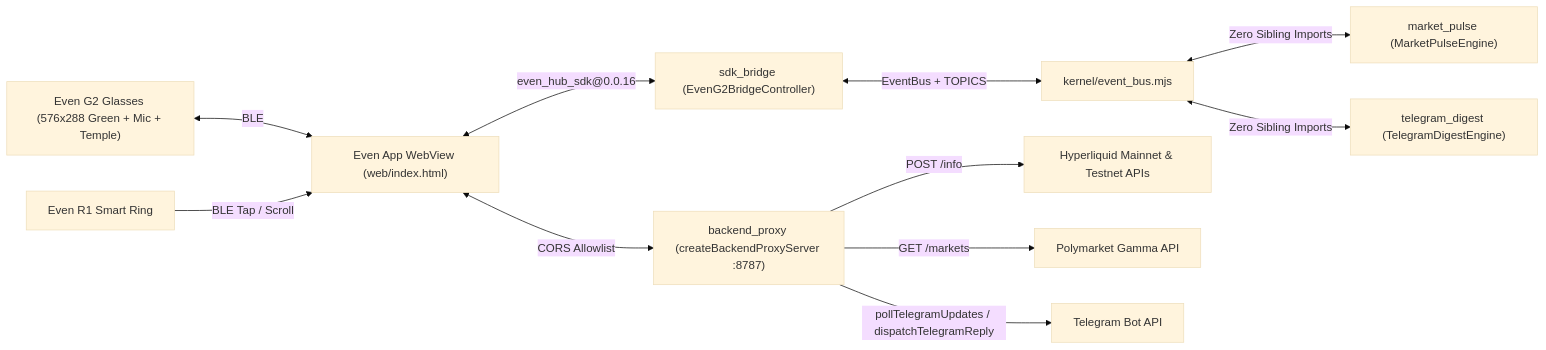
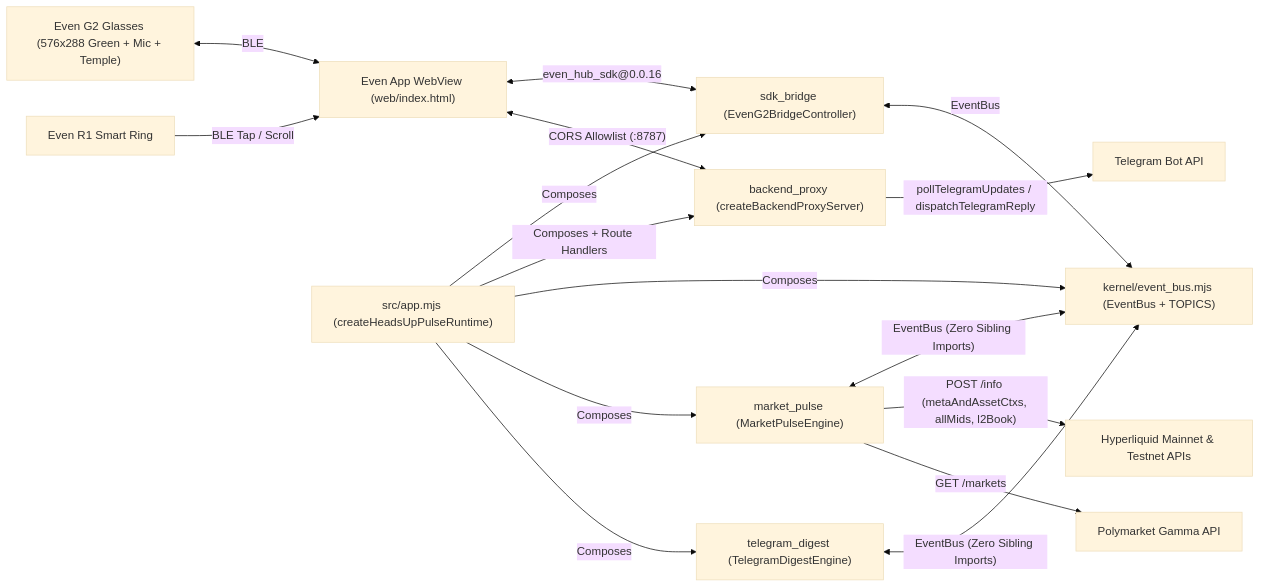
The diagram in README.md (HindsightWise/headsup-pulse-even-g2), drawn with Mermaid (base theme) before and after one commit. The commit also changed other lines of this file and 2 other files, not shown here.

Commit message:
chore(autosave): turn-stop:no_tool_call [3 files: README.md, outputs/demo_walkthrough.webm, submission/BUIDL_DRAFT.md]

````diff
--- a/README.md
+++ b/README.md
@@ -71,13 +71,18 @@
 ```mermaid
 flowchart LR
   G2["Even G2 Glasses (576x288 Green + Mic + Temple)"] <-->|"BLE"| APP["Even App WebView (web/index.html)"]
   R1["Even R1 Smart Ring"] -->|"BLE Tap / Scroll"| APP
   APP <-->|"even_hub_sdk@0.0.16"| BRIDGE["sdk_bridge (EvenG2BridgeController)"]
-  BRIDGE <-->|"EventBus + TOPICS"| KERNEL["kernel/event_bus.mjs"]
-  KERNEL <-->|"Zero Sibling Imports"| MKT["market_pulse (MarketPulseEngine)"]
-  KERNEL <-->|"Zero Sibling Imports"| TG["telegram_digest (TelegramDigestEngine)"]
-  APP <-->|"CORS Allowlist"| PROXY["backend_proxy (createBackendProxyServer :8787)"]
-  PROXY -->|"POST /info"| HL["Hyperliquid Mainnet & Testnet APIs"]
-  PROXY -->|"GET /markets"| PM["Polymarket Gamma API"]
+  APP <-->|"CORS Allowlist (:8787)"| PROXY["backend_proxy (createBackendProxyServer)"]
+  RUNTIME["src/app.mjs (createHeadsUpPulseRuntime)"] -->|"Composes"| BRIDGE
+  RUNTIME -->|"Composes + Route Handlers"| PROXY
+  RUNTIME -->|"Composes"| KERNEL["kernel/event_bus.mjs (EventBus + TOPICS)"]
+  RUNTIME -->|"Composes"| MKT["market_pulse (MarketPulseEngine)"]
+  RUNTIME -->|"Composes"| TG["telegram_digest (TelegramDigestEngine)"]
+  BRIDGE <-->|"EventBus"| KERNEL
+  MKT <-->|"EventBus (Zero Sibling Imports)"| KERNEL
+  TG <-->|"EventBus (Zero Sibling Imports)"| KERNEL
+  MKT -->|"POST /info (metaAndAssetCtxs, allMids, l2Book)"| HL["Hyperliquid Mainnet & Testnet APIs"]
+  MKT -->|"GET /markets"| PM["Polymarket Gamma API"]
   PROXY -->|"pollTelegramUpdates / dispatchTelegramReply"| TGBOT["Telegram Bot API"]
 ```
````
